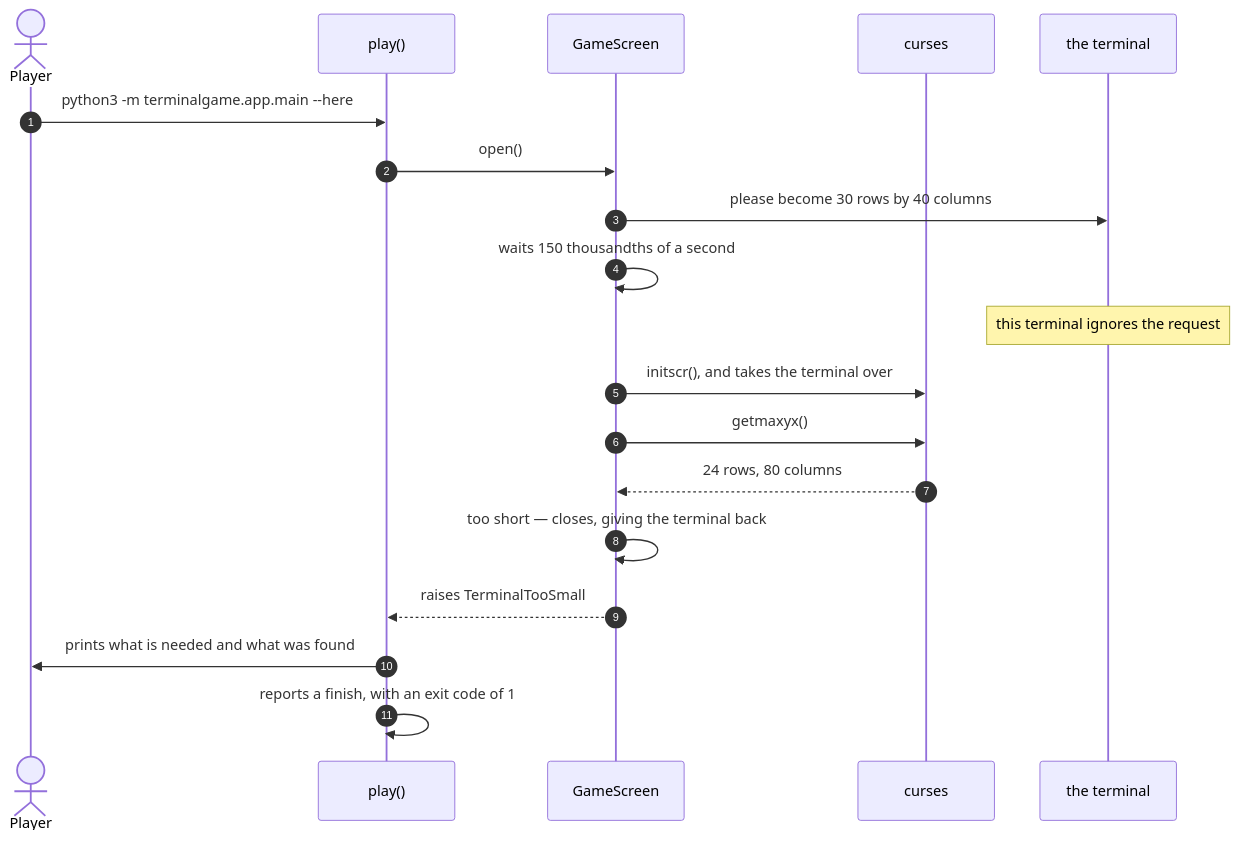
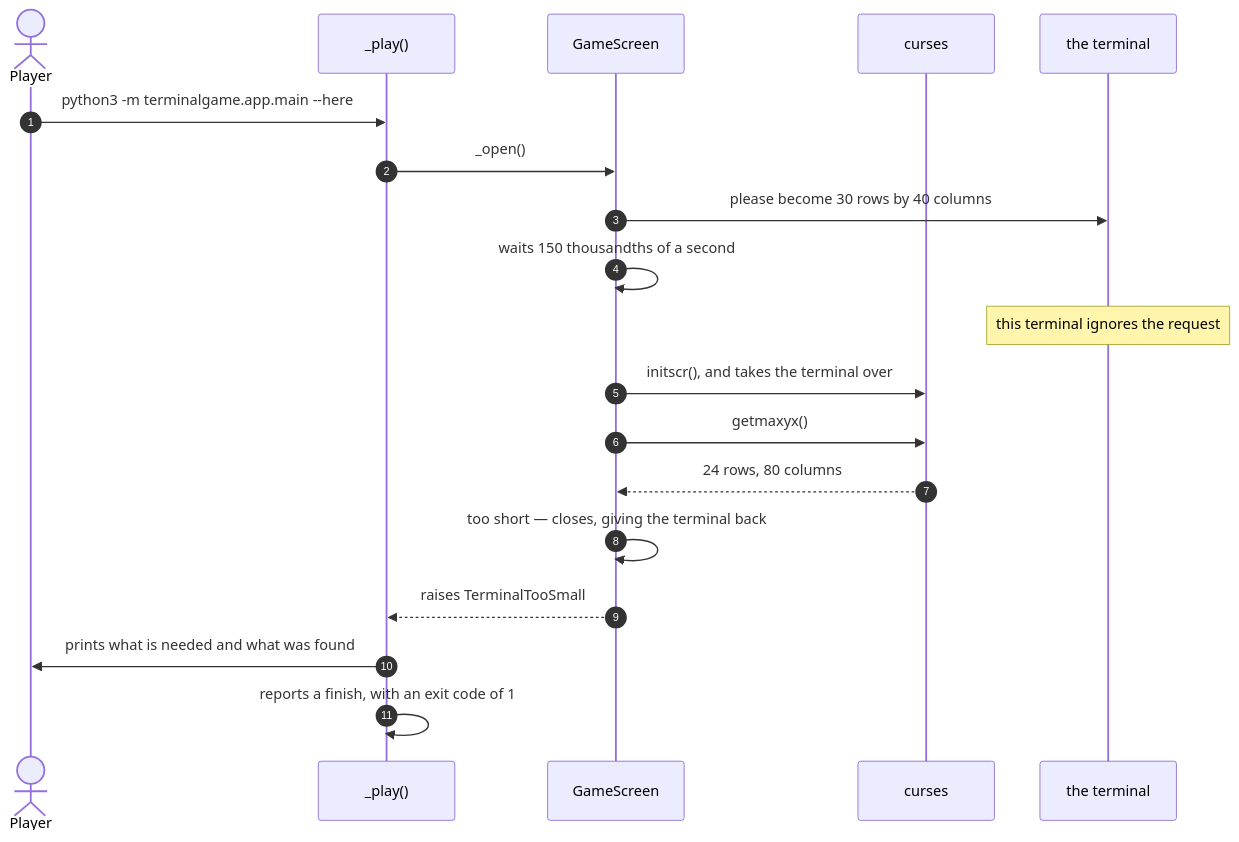
The diagram in docs/scenarios/a-terminal-too-small-to-hold-the-playfield-is-refused.md (replicant1/TerminalGame), drawn with Mermaid before and after one commit. The commit also changed 10 other files, not shown here.

````diff
--- a/docs/scenarios/a-terminal-too-small-to-hold-the-playfield-is-refused.md
+++ b/docs/scenarios/a-terminal-too-small-to-hold-the-playfield-is-refused.md
@@ -44,22 +44,22 @@
 ```mermaid
 sequenceDiagram
     autonumber
     actor Player
-    participant Play as play()
+    participant Play as _play()
     participant Screen as GameScreen
     participant Curses as curses
     participant Term as the terminal
 
     Player->>Play: python3 -m terminalgame.app.main --here
-    Play->>Screen: open()
+    Play->>Screen: _open()
     Screen->>Term: please become 30 rows by 40 columns
     Screen->>Screen: waits 150 thousandths of a second
     Note over Term: this terminal ignores the request
     Screen->>Curses: initscr(), and takes the terminal over
     Screen->>Curses: getmaxyx()
     Curses-->>Screen: 24 rows, 80 columns
     Screen->>Screen: too short — closes, giving the terminal back
     Screen-->>Play: raises TerminalTooSmall
     Play->>Player: prints what is needed and what was found
     Play->>Play: reports a finish, with an exit code of 1
 ```
````
